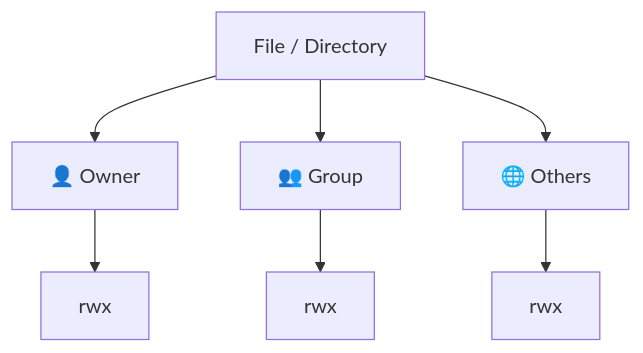
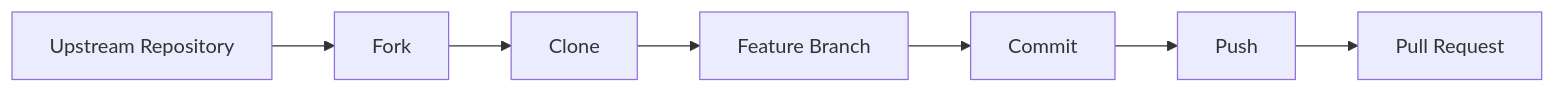
Before and after one commit to aminah7med/data-engineering-journey: the fourth of 6 diagrams in lectures/02/git.md, drawn with Mermaid. The commit also changed other lines of this file, not shown here.

````diff
--- a/lectures/02/git.md
+++ b/lectures/02/git.md
@@ -111,9 +395,9 @@
 ```mermaid
-flowchart TB
-    F[File / Directory] --> U[👤 Owner]
-    F --> G[👥 Group]
-    F --> O[🌐 Others]
-    U --> P1[rwx]
-    G --> P2[rwx]
-    O --> P3[rwx]
+flowchart LR
+    U[Upstream Repository] --> F[Fork]
+    F --> C[Clone]
+    C --> B[Feature Branch]
+    B --> CM[Commit]
+    CM --> P[Push]
+    P --> PR[Pull Request]
 ```
````
